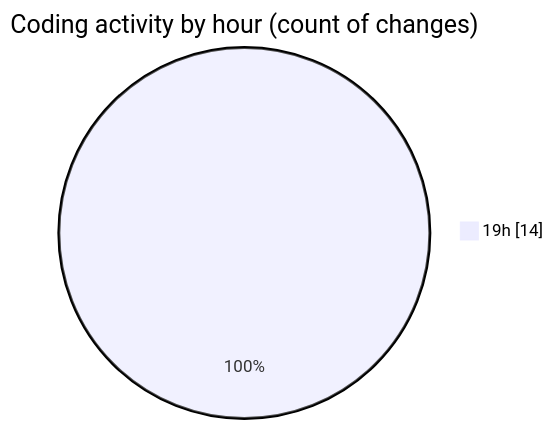
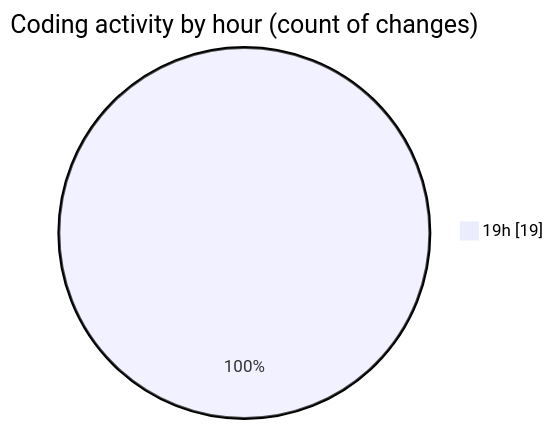
One commit to lephambinh05/code-tracking changed the second of 2 diagrams in 2025-07-28/quanlyrapchieuphim-2/README.md. Above: the diagram before and after it, drawn with Mermaid. The commit also changed other lines of this file and 1 other file, not shown here.

````diff
--- a/2025-07-28/quanlyrapchieuphim-2/README.md
+++ b/2025-07-28/quanlyrapchieuphim-2/README.md
@@ -35,5 +35,5 @@
 ```mermaid
 pie showData
 title Coding activity by hour (count of changes)
-"19h" : 14
+"19h" : 19
 ```
````
